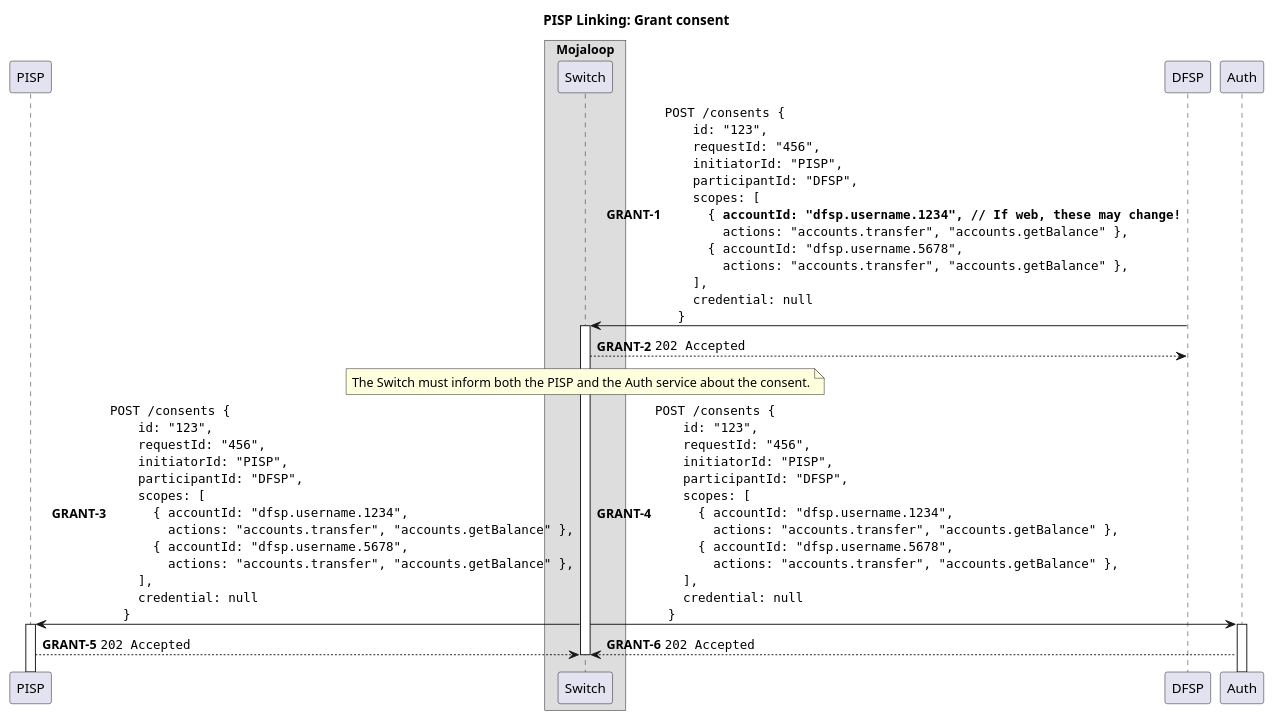
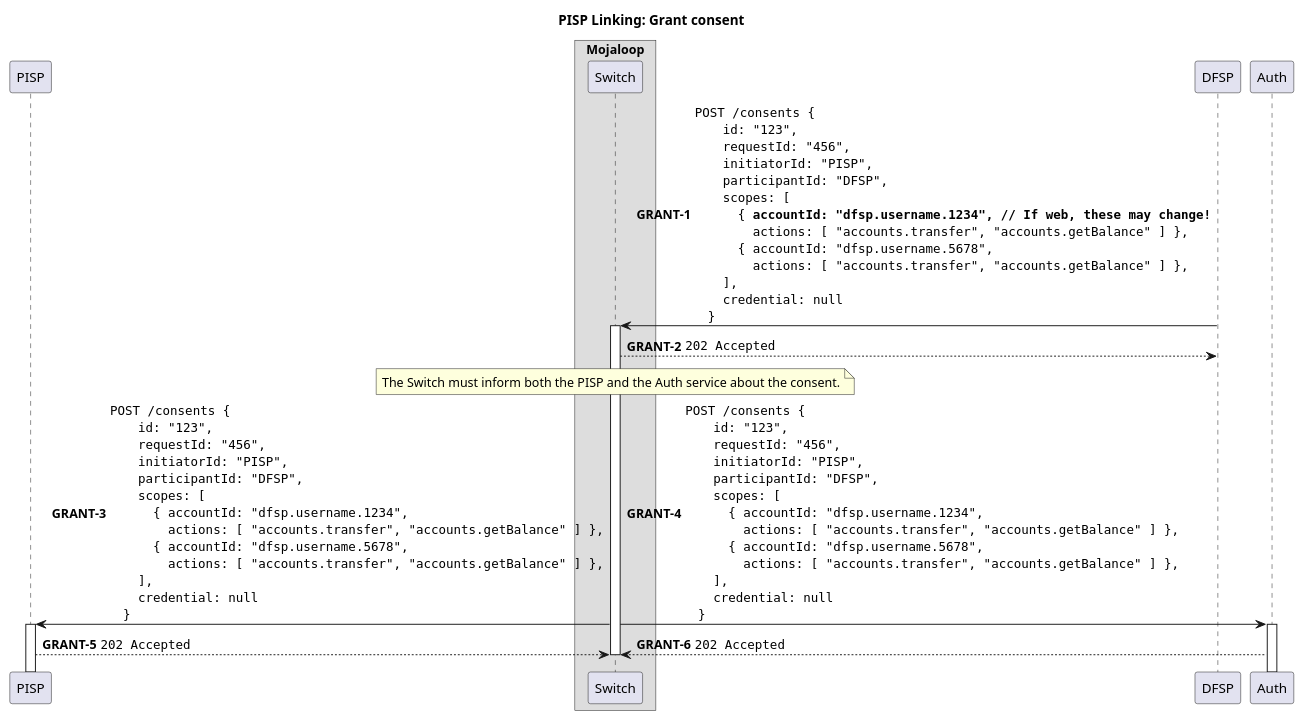
Before and after one commit to mojaloop/pisp-project: the diagram in docs/linking/4-grant-consent.puml, drawn with PlantUML. The commit also changed 6 other files, not shown here.

```diff
--- a/docs/linking/4-grant-consent.puml
+++ b/docs/linking/4-grant-consent.puml
@@ -1,69 +1,69 @@
 @startuml
 
 !pragma teoz true
 
 title PISP Linking: Grant consent
 
 participant "PISP" as PISP
 
 box "Mojaloop"
     participant Switch
 end box
 
 participant "DFSP" as DFSP
 
 autonumber 1 "<b>GRANT-#</b>"
 
 DFSP -> Switch ++: ""POST /consents {""\n\
     ""  id: "123",""\n\
     ""  requestId: "456",""\n\
     ""  initiatorId: "PISP",""\n\
     ""  participantId: "DFSP",""\n\
     ""  scopes: [ ""\n\
     ""    { **accountId: "dfsp.username.1234", // If web, these may change!**""\n\
-    ""      actions: "accounts.transfer", "accounts.getBalance" },""\n\
+    ""      actions: [ "accounts.transfer", "accounts.getBalance" ] },""\n\
     ""    { accountId: "dfsp.username.5678",""\n\
-    ""      actions: "accounts.transfer", "accounts.getBalance" },""\n\
+    ""      actions: [ "accounts.transfer", "accounts.getBalance" ] },""\n\
     ""  ],""\n\
     ""  credential: null""\n\
     ""}""
 Switch --> DFSP: ""202 Accepted""
 deactivate DFSP
 
 note over Switch
   The Switch must inform both the PISP and the Auth service about the consent.
 end note
 
 Switch -> PISP ++: ""POST /consents {""\n\
     ""  id: "123",""\n\
     ""  requestId: "456",""\n\
     ""  initiatorId: "PISP",""\n\
     ""  participantId: "DFSP",""\n\
     ""  scopes: [ ""\n\
     ""    { accountId: "dfsp.username.1234",""\n\
-    ""      actions: "accounts.transfer", "accounts.getBalance" },""\n\
+    ""      actions: [ "accounts.transfer", "accounts.getBalance" ] },""\n\
     ""    { accountId: "dfsp.username.5678",""\n\
-    ""      actions: "accounts.transfer", "accounts.getBalance" },""\n\
+    ""      actions: [ "accounts.transfer", "accounts.getBalance" ] },""\n\
     ""  ],""\n\
     ""  credential: null""\n\
     ""}""
 & Switch -> Auth ++: ""POST /consents {""\n\
     ""  id: "123",""\n\
     ""  requestId: "456",""\n\
     ""  initiatorId: "PISP",""\n\
     ""  participantId: "DFSP",""\n\
     ""  scopes: [ ""\n\
     ""    { accountId: "dfsp.username.1234",""\n\
-    ""      actions: "accounts.transfer", "accounts.getBalance" },""\n\
+    ""      actions: [ "accounts.transfer", "accounts.getBalance" ] },""\n\
     ""    { accountId: "dfsp.username.5678",""\n\
-    ""      actions: "accounts.transfer", "accounts.getBalance" },""\n\
+    ""      actions: [ "accounts.transfer", "accounts.getBalance" ] },""\n\
     ""  ],""\n\
     ""  credential: null""\n\
     ""}""
 
 PISP --> Switch: ""202 Accepted""
 & Auth --> Switch: ""202 Accepted""
 
 deactivate Switch
 
 @enduml
```
